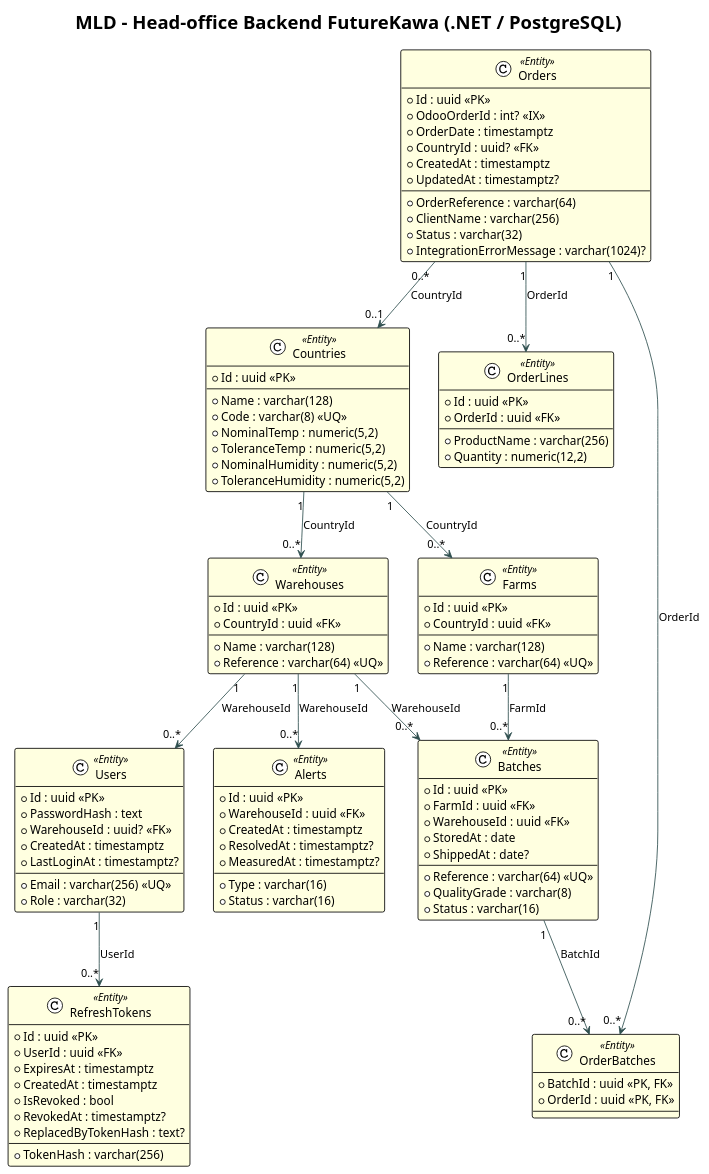
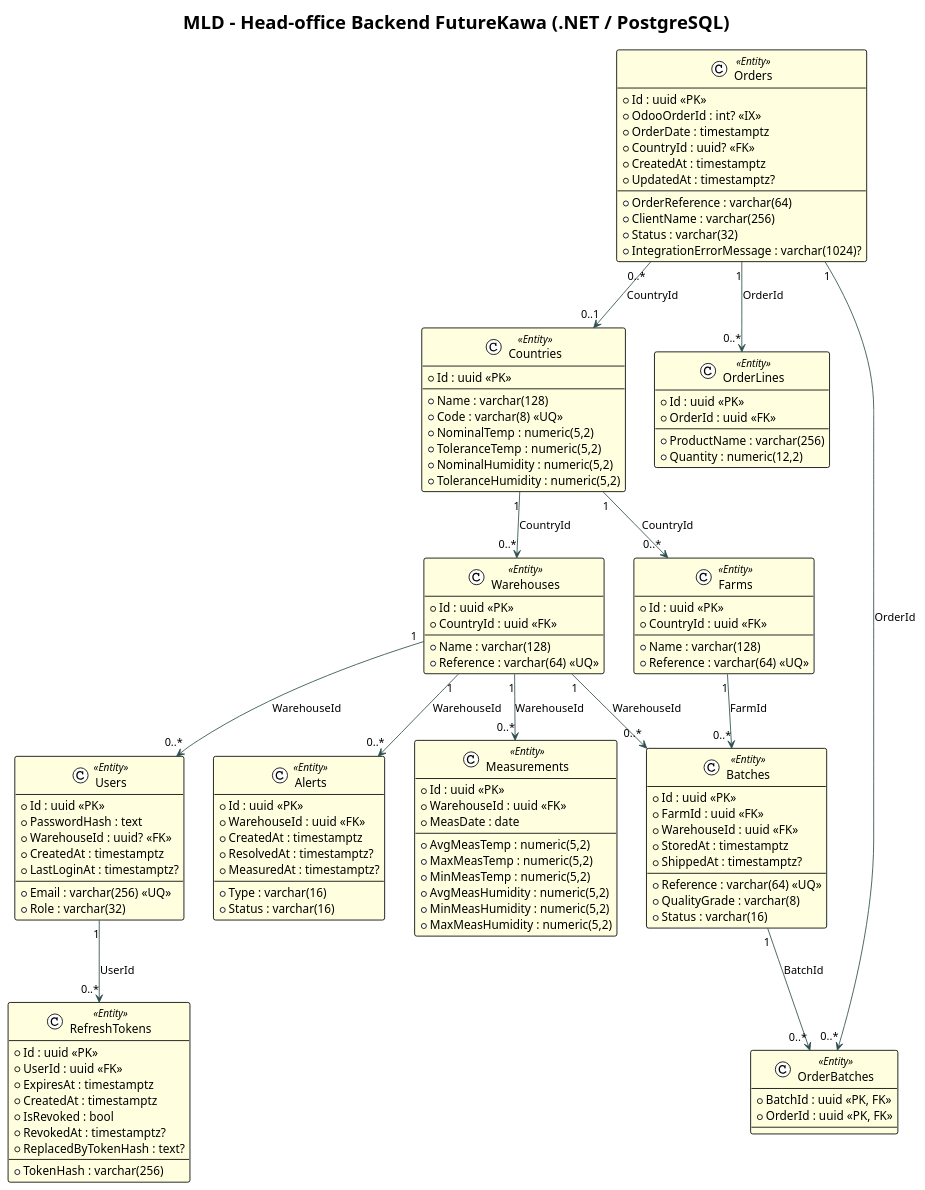
The diagram in Documentation/diagrammes/mld_backend.puml (FutureKawa-Nte-G2/FutureKawa), drawn with PlantUML before and after one commit. The commit also changed 1 other file, not shown here.

Commit message:
docs(diagrams): add Measurement entity and fix Batches date/time types

```diff
--- a/Documentation/diagrammes/mld_backend.puml
+++ b/Documentation/diagrammes/mld_backend.puml
@@ -1,116 +1,129 @@
 @startuml MLD_Backend_FutureKawa
 
 !theme plain
 
 title MLD - Head-office Backend FutureKawa (.NET / PostgreSQL)
 
 skinparam class {
     BackgroundColor<<Entity>> LightYellow
     ArrowColor DarkSlateGray
 }
 
 class "Users" as Users <<Entity>> {
   + Id : uuid <<PK>>
   + Email : varchar(256) <<UQ>>
   + PasswordHash : text
   + Role : varchar(32)
   + WarehouseId : uuid? <<FK>>
   + CreatedAt : timestamptz
   + LastLoginAt : timestamptz?
 }
 
 class "RefreshTokens" as RefreshTokens <<Entity>> {
   + Id : uuid <<PK>>
   + UserId : uuid <<FK>>
   + TokenHash : varchar(256)
   + ExpiresAt : timestamptz
   + CreatedAt : timestamptz
   + IsRevoked : bool
   + RevokedAt : timestamptz?
   + ReplacedByTokenHash : text?
 }
 
 class "Countries" as Countries <<Entity>> {
   + Id : uuid <<PK>>
   + Name : varchar(128)
   + Code : varchar(8) <<UQ>>
   + NominalTemp : numeric(5,2)
   + ToleranceTemp : numeric(5,2)
   + NominalHumidity : numeric(5,2)
   + ToleranceHumidity : numeric(5,2)
 }
 
 class "Farms" as Farms <<Entity>> {
   + Id : uuid <<PK>>
   + CountryId : uuid <<FK>>
   + Name : varchar(128)
   + Reference : varchar(64) <<UQ>>
 }
 
 class "Warehouses" as Warehouses <<Entity>> {
   + Id : uuid <<PK>>
   + CountryId : uuid <<FK>>
   + Name : varchar(128)
   + Reference : varchar(64) <<UQ>>
 }
 
 class "Batches" as Batches <<Entity>> {
   + Id : uuid <<PK>>
   + FarmId : uuid <<FK>>
   + WarehouseId : uuid <<FK>>
   + Reference : varchar(64) <<UQ>>
-  + StoredAt : date
-  + ShippedAt : date?
+  + StoredAt : timestamptz
+  + ShippedAt : timestamptz?
   + QualityGrade : varchar(8)
   + Status : varchar(16)
 }
 
 class "Alerts" as Alerts <<Entity>> {
   + Id : uuid <<PK>>
   + WarehouseId : uuid <<FK>>
   + Type : varchar(16)
   + Status : varchar(16)
   + CreatedAt : timestamptz
   + ResolvedAt : timestamptz?
   + MeasuredAt : timestamptz?
+}
+
+class "Measurements" as Measurements <<Entity>> {
+  + Id : uuid <<PK>>
+  + WarehouseId : uuid <<FK>>
+  + MeasDate : date
+  + AvgMeasTemp : numeric(5,2)
+  + MaxMeasTemp : numeric(5,2)
+  + MinMeasTemp : numeric(5,2)
+  + AvgMeasHumidity : numeric(5,2)
+  + MinMeasHumidity : numeric(5,2)
+  + MaxMeasHumidity : numeric(5,2)
 }
 
 class "Orders" as Orders <<Entity>> {
   + Id : uuid <<PK>>
   + OdooOrderId : int? <<IX>>
   + OrderReference : varchar(64)
   + OrderDate : timestamptz
   + ClientName : varchar(256)
   + CountryId : uuid? <<FK>>
   + Status : varchar(32)
   + IntegrationErrorMessage : varchar(1024)?
   + CreatedAt : timestamptz
   + UpdatedAt : timestamptz?
 }
 
 class "OrderLines" as OrderLines <<Entity>> {
   + Id : uuid <<PK>>
   + OrderId : uuid <<FK>>
   + ProductName : varchar(256)
   + Quantity : numeric(12,2)
 }
 
 class "OrderBatches" as OrderBatches <<Entity>> {
   + BatchId : uuid <<PK, FK>>
   + OrderId : uuid <<PK, FK>>
 }
 
 ' Logical relationships (PK/FK)
 Users "1" --> "0..*" RefreshTokens : UserId
 Warehouses "1" --> "0..*" Users : WarehouseId
 Countries "1" --> "0..*" Farms : CountryId
 Countries "1" --> "0..*" Warehouses : CountryId
 Farms "1" --> "0..*" Batches : FarmId
 Warehouses "1" --> "0..*" Batches : WarehouseId
 Warehouses "1" --> "0..*" Alerts : WarehouseId
+Warehouses "1" --> "0..*" Measurements : WarehouseId
 Orders "1" --> "0..*" OrderLines : OrderId
 Orders "0..*" --> "0..1" Countries : CountryId
 Orders "1" --> "0..*" OrderBatches : OrderId
 Batches "1" --> "0..*" OrderBatches : BatchId
 
 @enduml
```
